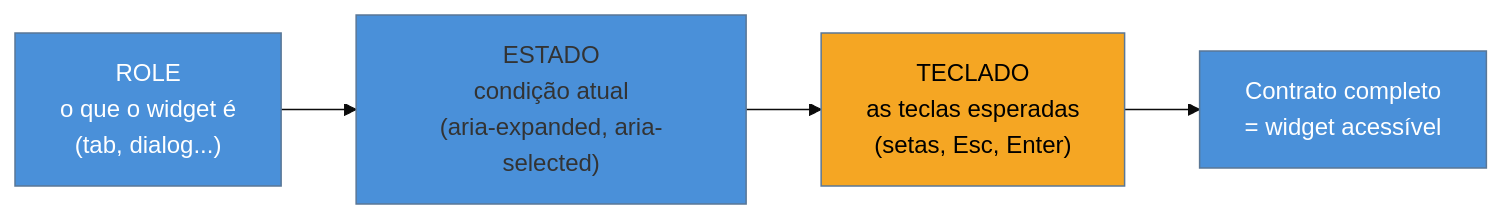
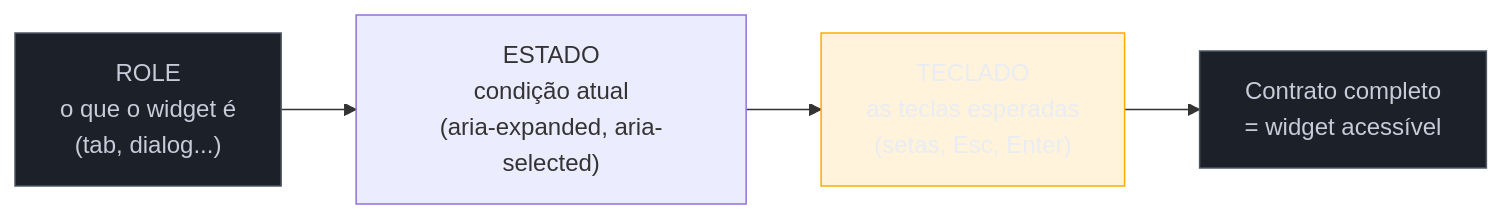
Before and after one commit to josenaldo/codex-technomanticus: the diagram in 03-Dominios/Tecnologia/Acessibilidade/Construir Acessível/08 - Padrões WAI-ARIA APG I.md, drawn with Mermaid. The commit also changed 1181 other files, not shown here.

First line of the commit message:
fix(diagramas): paleta do sistema no lugar de cor cravada no markdown

````diff
--- a/03-Dominios/Tecnologia/Acessibilidade/Construir Acessível/08 - Padrões WAI-ARIA APG I.md
+++ b/03-Dominios/Tecnologia/Acessibilidade/Construir Acessível/08 - Padrões WAI-ARIA APG I.md
@@ -25,10 +25,11 @@
 ```mermaid
-%%{init: {"theme": "base", "themeVariables": {"primaryColor": "#4A90D9"}}}%%
 graph LR
+    classDef neutro fill:#1B2029,stroke:#4E5666,color:#C6CCD8
+    classDef destaque fill:#FFAA0024,stroke:#FFAA00,color:#E9ECF2
     R["ROLE<br/>o que o widget é<br/>(tab, dialog...)"] --> E["ESTADO<br/>condição atual<br/>(aria-expanded, aria-selected)"]
     E --> K["TECLADO<br/>as teclas esperadas<br/>(setas, Esc, Enter)"]
     K --> C["Contrato completo<br/>= widget acessível"]
-    style R fill:#4A90D9,color:#fff
-    style K fill:#F5A623,color:#000
-    style C fill:#4A90D9,color:#fff
+    class R neutro
+    class K destaque
+    class C neutro
 ```
````
